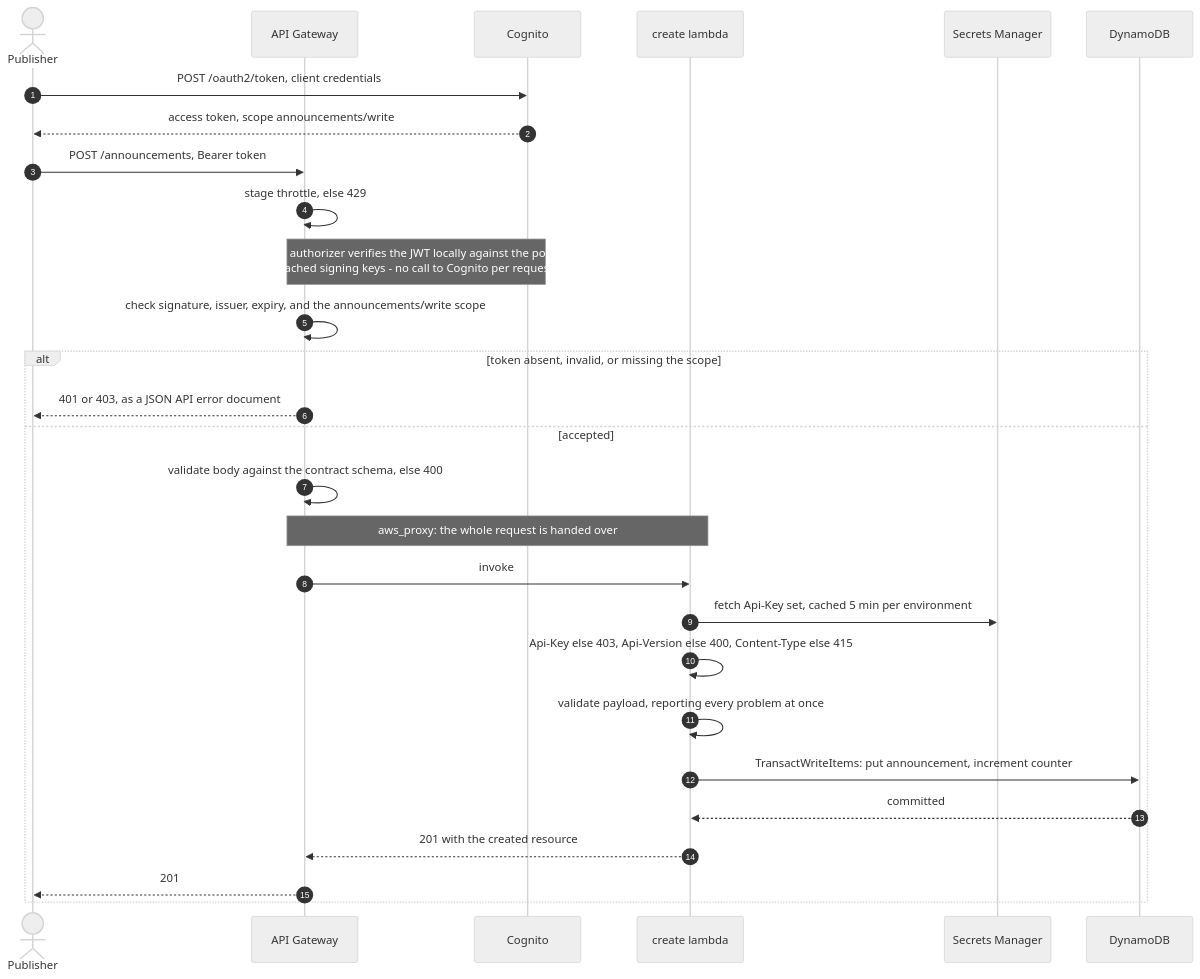
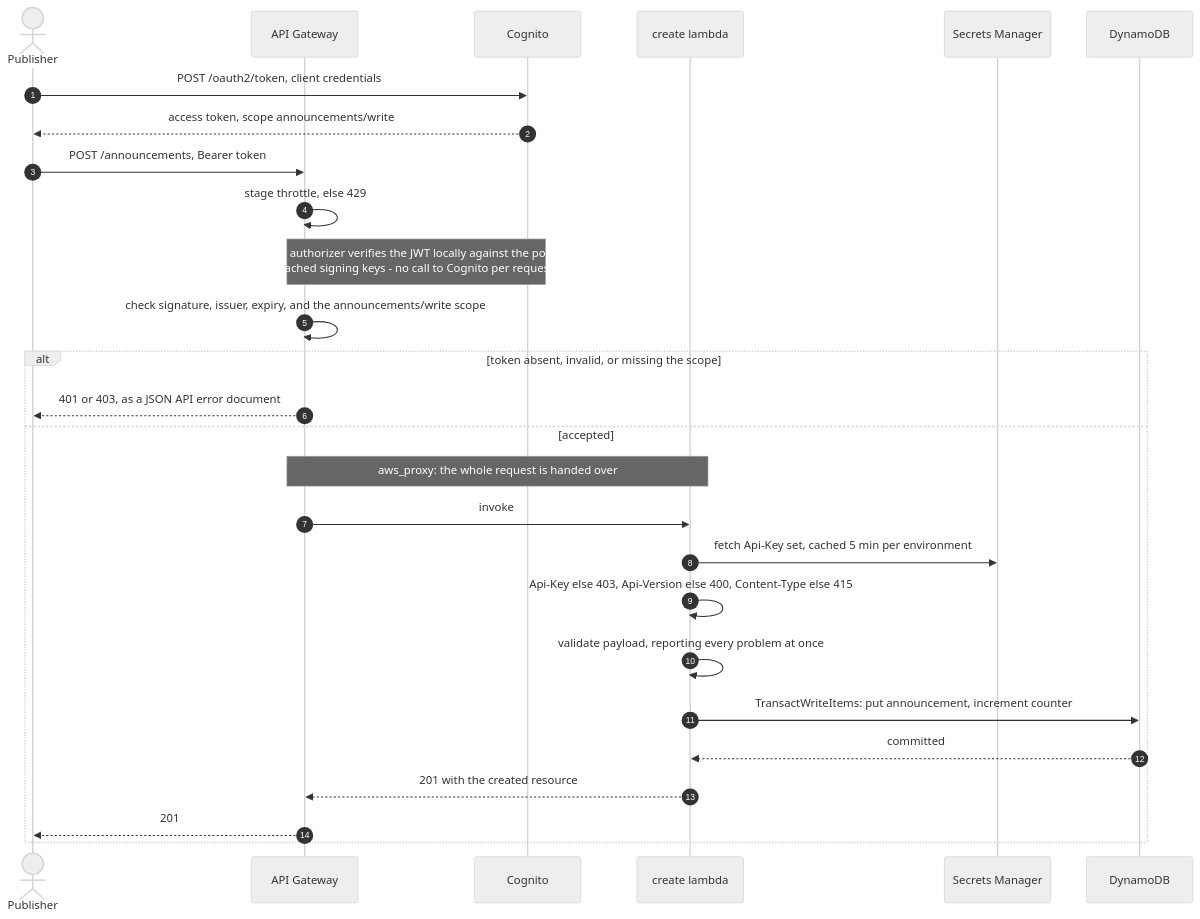
The first of 3 diagrams in docs/architecture.md (tavkhelidzeluka/announcement-microservice), drawn with Mermaid (neutral theme) before and after one commit. The commit also changed other lines of this file and 8 other files, not shown here.

````diff
--- a/docs/architecture.md
+++ b/docs/architecture.md
@@ -30,32 +30,31 @@
 ```mermaid
 sequenceDiagram
     autonumber
     actor P as Publisher
     participant G as API Gateway
     participant K as Cognito
     participant L as create lambda
     participant S as Secrets Manager
     participant D as DynamoDB
 
     P->>K: POST /oauth2/token, client credentials
     K-->>P: access token, scope announcements/write
 
     P->>G: POST /announcements, Bearer token
     G->>G: stage throttle, else 429
     Note over G,K: the authorizer verifies the JWT locally against the pool's<br/>cached signing keys - no call to Cognito per request
     G->>G: check signature, issuer, expiry, and the announcements/write scope
     alt token absent, invalid, or missing the scope
         G-->>P: 401 or 403, as a JSON API error document
     else accepted
-        G->>G: validate body against the contract schema, else 400
         Note over G,L: aws_proxy: the whole request is handed over
         G->>L: invoke
         L->>S: fetch Api-Key set, cached 5 min per environment
         L->>L: Api-Key else 403, Api-Version else 400, Content-Type else 415
         L->>L: validate payload, reporting every problem at once
         L->>D: TransactWriteItems: put announcement, increment counter
         D-->>L: committed
         L-->>G: 201 with the created resource
         G-->>P: 201
     end
 ```
````
